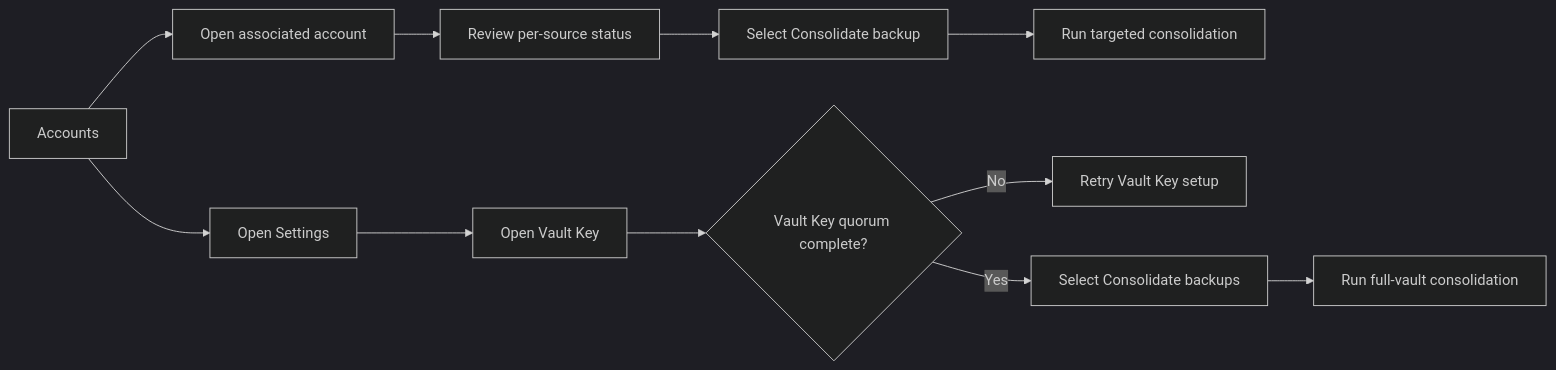
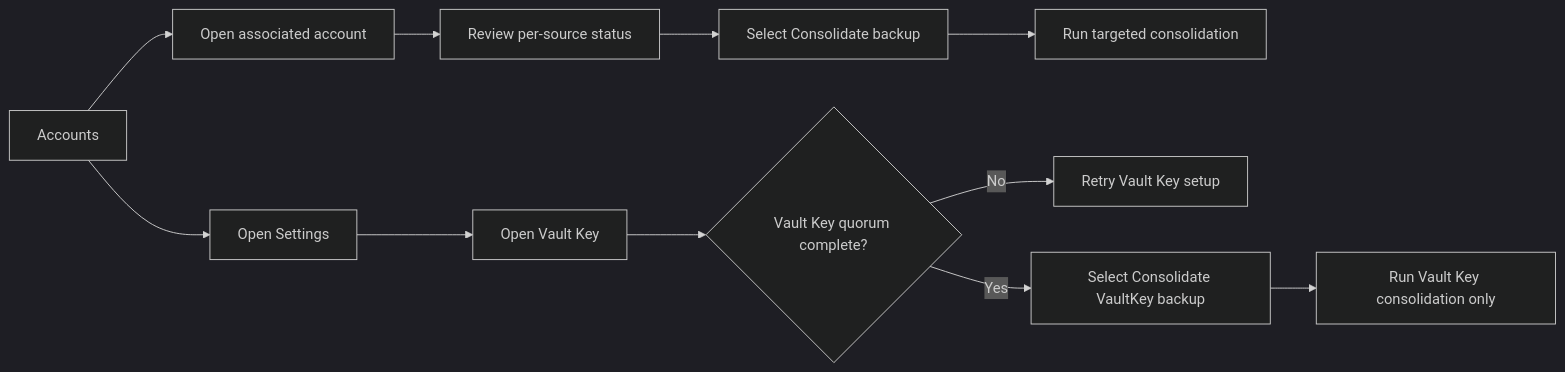
Before and after one commit to ZenTenApp/vault-kotlin: the sixth of 7 diagrams in docs/stakeholder/flowcharts.md, drawn with Mermaid (dark theme). The commit also changed other lines of this file and 17 other files, not shown here.

Commit message:
feat(consolidation): separate vault key consolidation from accounts

````diff
--- a/docs/stakeholder/flowcharts.md
+++ b/docs/stakeholder/flowcharts.md
@@ -187,13 +187,13 @@
 ```mermaid
 flowchart LR
     Accounts["Accounts"] --> Account["Open associated account"]
     Account --> Status["Review per-source status"]
     Status --> One["Select Consolidate backup"]
     One --> Targeted["Run targeted consolidation"]
     Accounts --> Settings["Open Settings"]
     Settings --> VaultKey["Open Vault Key"]
     VaultKey --> VaultKeyState{"Vault Key quorum complete?"}
     VaultKeyState -->|No| Retry["Retry Vault Key setup"]
-    VaultKeyState -->|Yes| All["Select Consolidate backups"]
-    All --> Full["Run full-vault consolidation"]
+    VaultKeyState -->|Yes| All["Select Consolidate VaultKey backup"]
+    All --> Full["Run Vault Key consolidation only"]
 ```
````
